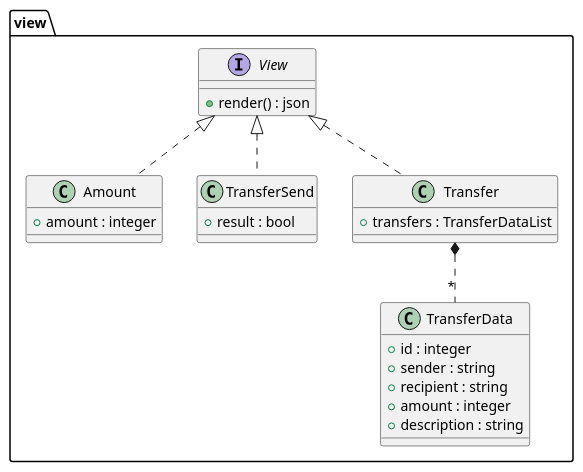
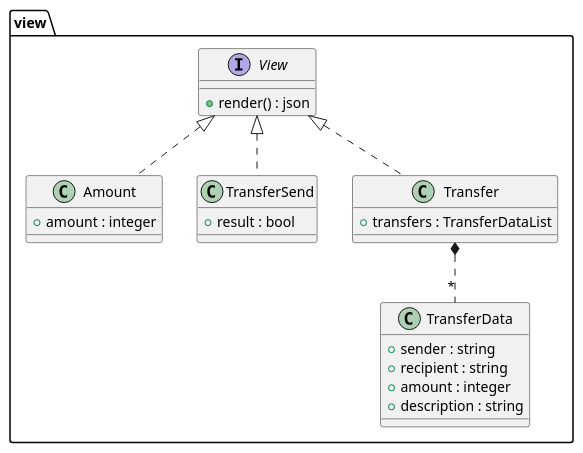
The diagram in uml/view-class.puml (bonewell/moneybox), drawn with PlantUML before and after one commit. The commit also changed 9 other files, not shown here.

```diff
--- a/uml/view-class.puml
+++ b/uml/view-class.puml
@@ -1,28 +1,27 @@
 @startuml
 namespace view {
     interface View {
         + render() : json
     }
     class Amount {
         + amount : integer
     }
     class TransferSend {
         + result : bool
     }
     class TransferData {
-        + id : integer
         + sender : string
         + recipient : string
         + amount : integer
         + description : string
     }
     class Transfer {
         + transfers : TransferDataList
     }
 
     View <|.. Amount
     View <|.. Transfer
     View <|.. TransferSend
     Transfer *.. "*" TransferData
 }
 @enduml
```
